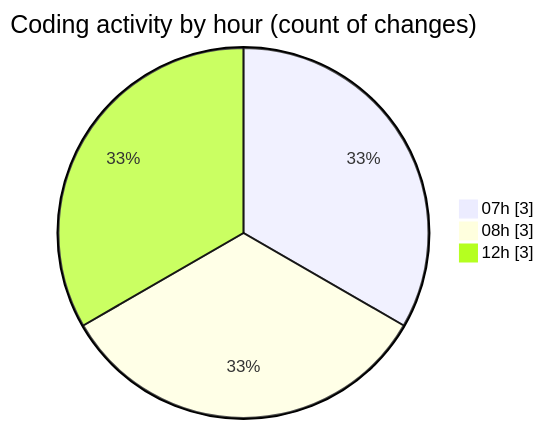
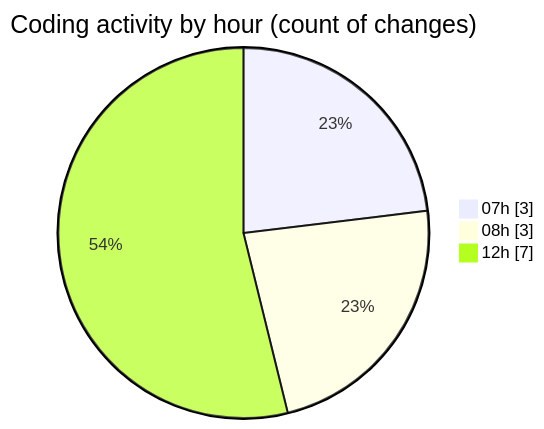
The second of 2 diagrams in 2025-04-28/c-masm/README.md (charlie-sans/code-tracking), drawn with Mermaid before and after one commit. The commit also changed other lines of this file and 1 other file, not shown here.

````diff
--- a/2025-04-28/c-masm/README.md
+++ b/2025-04-28/c-masm/README.md
@@ -36,7 +39,7 @@
 ```mermaid
 pie showData
 title Coding activity by hour (count of changes)
 "07h" : 3
 "08h" : 3
-"12h" : 3
+"12h" : 7
 ```
````
